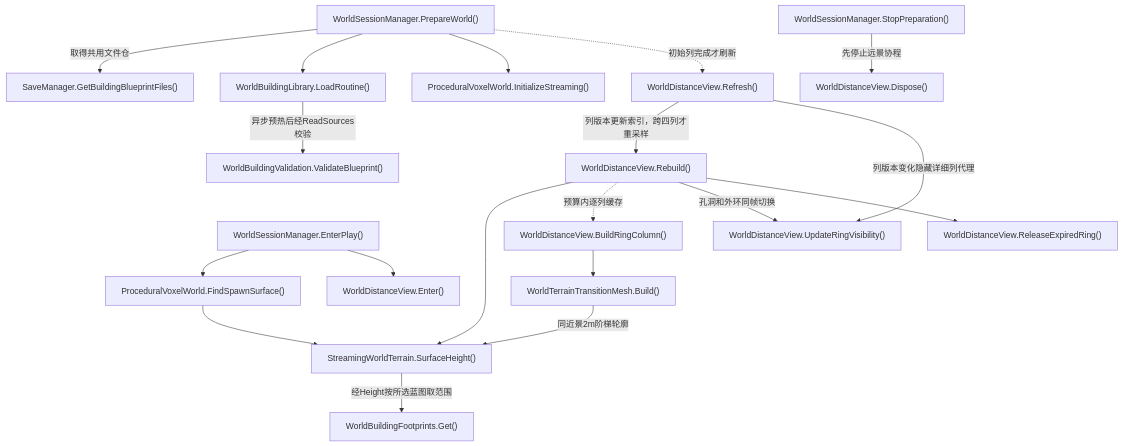
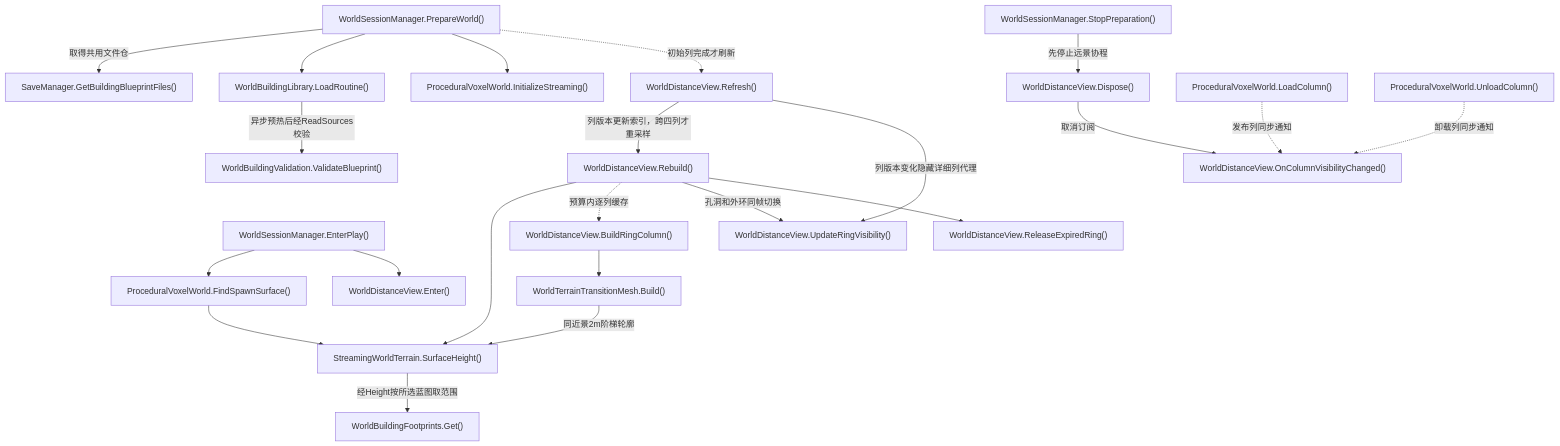
Before and after one commit to kukudia/HY-Sandbox: diagram 19 of 47 in Docs/RuntimeFlow.md, drawn with Mermaid. The commit also changed other lines of this file and 74 other files, not shown here.

First line of the commit message:
Summary: Complete Unity 6.6 compatibility follow-up and fix streamed terrain visibility

````diff
--- a/Docs/RuntimeFlow.md
+++ b/Docs/RuntimeFlow.md
@@ -1851,57 +1917,66 @@
 ```mermaid
 flowchart TD
     A["WorldSessionManager.PrepareWorld()"]
     click A "../Assets/Scripts/Features/World/WorldSessionManager.cs#L125" "打开源码"
     B["WorldBuildingLibrary.LoadRoutine()"]
     click B "../Assets/Scripts/Features/World/Buildings/Data/WorldBuildingLibrary.cs#L19" "打开源码"
     C["WorldBuildingValidation.ValidateBlueprint()"]
     click C "../Assets/Scripts/Features/World/Buildings/Placement/WorldBuildingValidation.cs#L11" "打开源码"
     D["WorldBuildingFootprints.Get()"]
     click D "../Assets/Scripts/Features/World/Buildings/Placement/WorldBuildingFootprints.cs#L34" "打开源码"
     E["ProceduralVoxelWorld.InitializeStreaming()"]
-    click E "../Assets/Scripts/Features/World/Terrain/ProceduralVoxelWorld.cs#L178" "打开源码"
+    click E "../Assets/Scripts/Features/World/Terrain/ProceduralVoxelWorld.cs#L180" "打开源码"
     F["WorldDistanceView.Refresh()"]
-    click F "../Assets/Scripts/Features/World/Presentation/WorldDistanceView.cs#L67" "打开源码"
+    click F "../Assets/Scripts/Features/World/Presentation/WorldDistanceView.cs#L69" "打开源码"
     G["WorldDistanceView.Rebuild()"]
-    click G "../Assets/Scripts/Features/World/Presentation/WorldDistanceView.cs#L93" "打开源码"
+    click G "../Assets/Scripts/Features/World/Presentation/WorldDistanceView.cs#L95" "打开源码"
     H["StreamingWorldTerrain.SurfaceHeight()"]
     click H "../Assets/Scripts/Features/World/Terrain/StreamingWorldTerrain.cs#L26" "打开源码"
     I["WorldSessionManager.EnterPlay()"]
     click I "../Assets/Scripts/Features/World/WorldSessionManager.cs#L231" "打开源码"
     J["ProceduralVoxelWorld.FindSpawnSurface()"]
-    click J "../Assets/Scripts/Features/World/Terrain/ProceduralVoxelWorld.cs#L52" "打开源码"
+    click J "../Assets/Scripts/Features/World/Terrain/ProceduralVoxelWorld.cs#L54" "打开源码"
     K["WorldDistanceView.Enter()"]
-    click K "../Assets/Scripts/Features/World/Presentation/WorldDistanceView.cs#L323" "打开源码"
+    click K "../Assets/Scripts/Features/World/Presentation/WorldDistanceView.cs#L339" "打开源码"
     L["WorldSessionManager.StopPreparation()"]
     click L "../Assets/Scripts/Features/World/WorldSessionManager.cs#L465" "打开源码"
     M["WorldDistanceView.Dispose()"]
-    click M "../Assets/Scripts/Features/World/Presentation/WorldDistanceView.cs#L350" "打开源码"
+    click M "../Assets/Scripts/Features/World/Presentation/WorldDistanceView.cs#L366" "打开源码"
     N["WorldDistanceView.BuildRingColumn()"]
-    click N "../Assets/Scripts/Features/World/Presentation/WorldDistanceView.cs#L270" "打开源码"
+    click N "../Assets/Scripts/Features/World/Presentation/WorldDistanceView.cs#L286" "打开源码"
     O["WorldTerrainTransitionMesh.Build()"]
     click O "../Assets/Scripts/Features/World/Presentation/WorldTerrainTransitionMesh.cs#L9" "打开源码"
     P["WorldDistanceView.UpdateRingVisibility()"]
-    click P "../Assets/Scripts/Features/World/Presentation/WorldDistanceView.cs#L232" "打开源码"
+    click P "../Assets/Scripts/Features/World/Presentation/WorldDistanceView.cs#L248" "打开源码"
     Q["WorldDistanceView.ReleaseExpiredRing()"]
-    click Q "../Assets/Scripts/Features/World/Presentation/WorldDistanceView.cs#L250" "打开源码"
+    click Q "../Assets/Scripts/Features/World/Presentation/WorldDistanceView.cs#L266" "打开源码"
     R["SaveManager.GetBuildingBlueprintFiles()"]
     click R "../Assets/Scripts/Features/Building/SaveManager.cs#L74" "打开源码"
+    S["ProceduralVoxelWorld.LoadColumn()"]
+    click S "../Assets/Scripts/Features/World/Terrain/ProceduralVoxelWorld.cs#L236" "打开源码"
+    T["ProceduralVoxelWorld.UnloadColumn()"]
+    click T "../Assets/Scripts/Features/World/Terrain/ProceduralVoxelWorld.cs#L318" "打开源码"
+    U["WorldDistanceView.OnColumnVisibilityChanged()"]
+    click U "../Assets/Scripts/Features/World/Presentation/WorldDistanceView.cs#L234" "打开源码"
     A -->|取得共用文件仓| R
     A --> B
     B -->|异步预热后经ReadSources校验| C
     A --> E
     H -->|经Height按所选蓝图取范围| D
     A -.->|初始列完成才刷新| F
     F -->|列版本更新索引，跨四列才重采样| G
     G --> H
     I --> J
     J --> H
     I --> K
     L -->|先停止远景协程| M
     G -.->|预算内逐列缓存| N
     N --> O
     O -->|同近景2m阶梯轮廓| H
     F -->|列版本变化隐藏详细列代理| P
     G -->|孔洞和外环同帧切换| P
     G --> Q
+    S -.->|发布列同步通知| U
+    T -.->|卸载列同步通知| U
+    M -->|取消订阅| U
 ```
````
